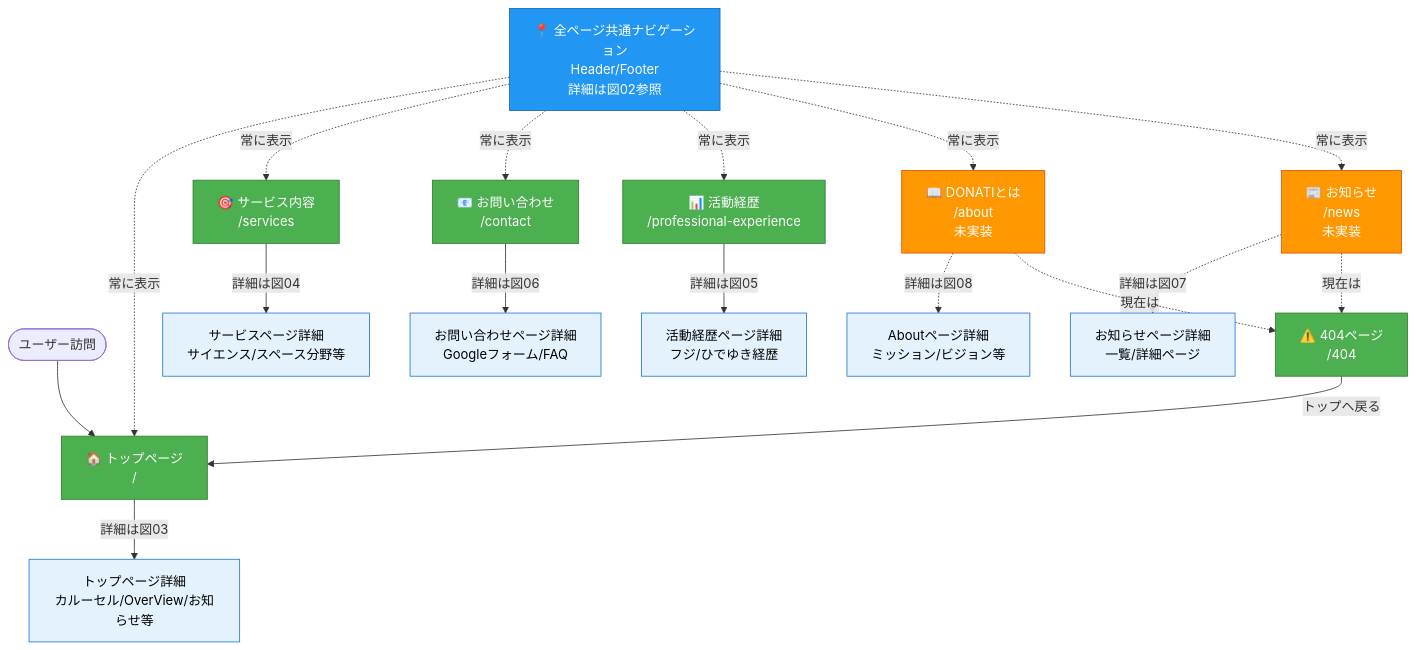
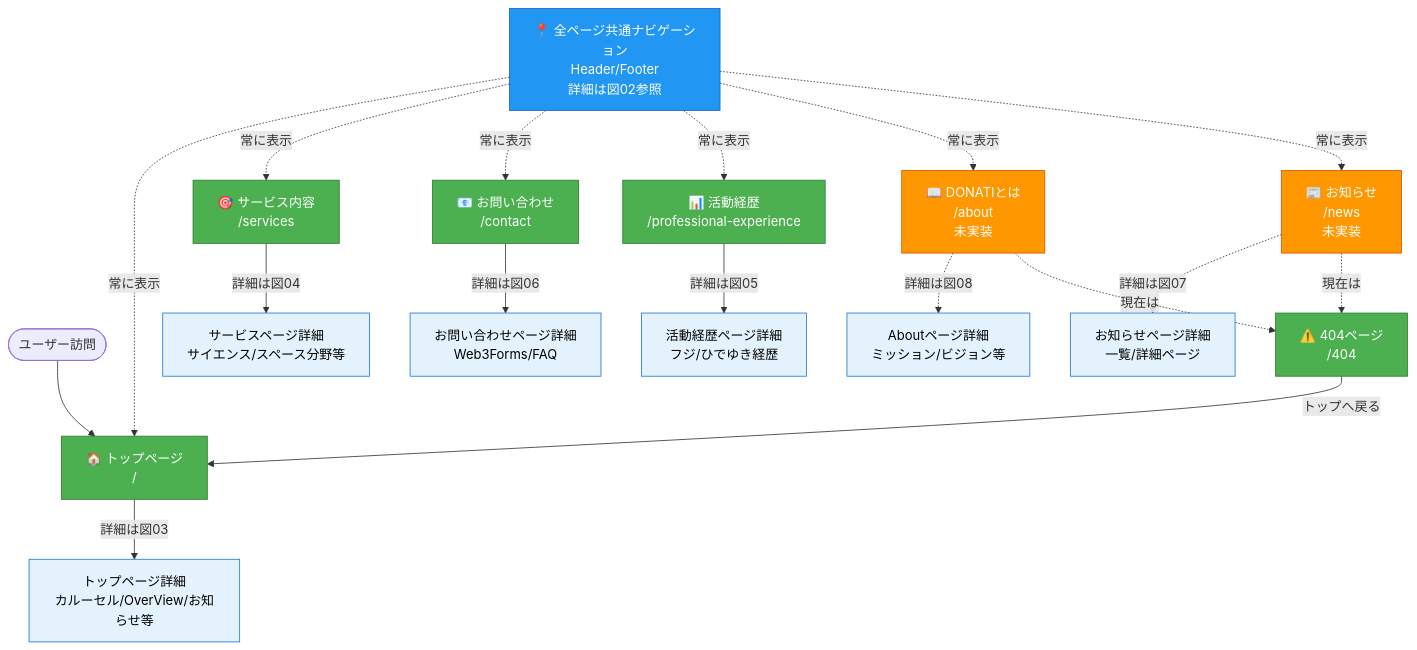
Before and after one commit to namdaama/donati: the diagram in docs/04-workflow-collaboration/画面遷移図/00_サイト構造概要.md, drawn with Mermaid. The commit also changed other lines of this file and 12 other files, not shown here.

````diff
--- a/docs/04-workflow-collaboration/画面遷移図/00_サイト構造概要.md
+++ b/docs/04-workflow-collaboration/画面遷移図/00_サイト構造概要.md
@@ -7,40 +7,40 @@
 ```mermaid
 graph TD
     Start([ユーザー訪問]) --> Home[🏠 トップページ<br/>/]
 
     %% 共通ナビゲーション（全ページから常にアクセス可能）
     Nav[📍 全ページ共通ナビゲーション<br/>Header/Footer<br/>詳細は図02参照]
 
     Nav -.->|常に表示| Home
     Nav -.->|常に表示| Services[🎯 サービス内容<br/>/services]
     Nav -.->|常に表示| Contact[📧 お問い合わせ<br/>/contact]
     Nav -.->|常に表示| ProfExp[📊 活動経歴<br/>/professional-experience]
     Nav -.->|常に表示| About[📖 DONATIとは<br/>/about<br/>未実装]
     Nav -.->|常に表示| News[📰 お知らせ<br/>/news<br/>未実装]
 
     %% 各ページの詳細へのリンク
     Home -->|詳細は図03| HomeDetail[トップページ詳細<br/>カルーセル/OverView/お知らせ等]
     Services -->|詳細は図04| ServicesDetail[サービスページ詳細<br/>サイエンス/スペース分野等]
     ProfExp -->|詳細は図05| ProfExpDetail[活動経歴ページ詳細<br/>フジ/ひでゆき経歴]
-    Contact -->|詳細は図06| ContactDetail[お問い合わせページ詳細<br/>Googleフォーム/FAQ]
+    Contact -->|詳細は図06| ContactDetail[お問い合わせページ詳細<br/>Web3Forms/FAQ]
     News -.->|詳細は図07| NewsDetail[お知らせページ詳細<br/>一覧/詳細ページ]
     About -.->|詳細は図08| AboutDetail[Aboutページ詳細<br/>ミッション/ビジョン等]
 
     %% 404ページ
     NotFound[⚠️ 404ページ<br/>/404] -->|トップへ戻る| Home
 
     %% 未実装ページの挙動
     About -.->|現在は| NotFound
     News -.->|現在は| NotFound
 
     %% スタイル定義
     classDef implemented fill:#4CAF50,stroke:#2E7D32,color:#fff
     classDef notImplemented fill:#FF9800,stroke:#E65100,color:#fff
     classDef common fill:#2196F3,stroke:#1565C0,color:#fff
     classDef detail fill:#E3F2FD,stroke:#1976D2,color:#000
 
     class Home,Services,Contact,ProfExp,NotFound implemented
     class About,News notImplemented
     class Nav common
     class HomeDetail,ServicesDetail,ProfExpDetail,ContactDetail,NewsDetail,AboutDetail detail
 ```
````
